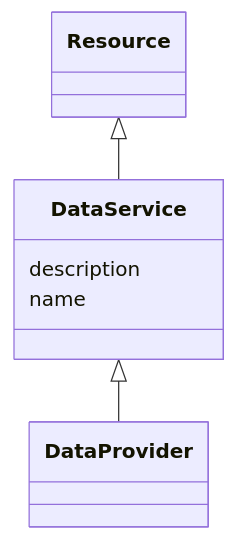
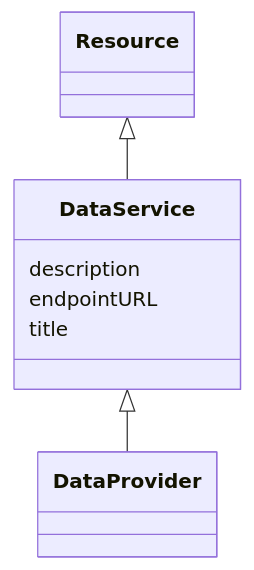
Before and after one commit to EVORA-project/evora-ontology: the diagram in models/docs/DataService.md, drawn with Mermaid. The commit also changed other lines of this file and 435 other files, not shown here.

````diff
--- a/models/docs/DataService.md
+++ b/models/docs/DataService.md
@@ -21,18 +21,20 @@
 ```mermaid
  classDiagram
     class DataService
     click DataService href "../DataService"
       Resource <|-- DataService
         click Resource href "../Resource"
       
 
       DataService <|-- DataProvider
         click DataProvider href "../DataProvider"
       
       
       DataService : description
         
-      DataService : name
+      DataService : endpointURL
+        
+      DataService : title
         
       
 ```
````
